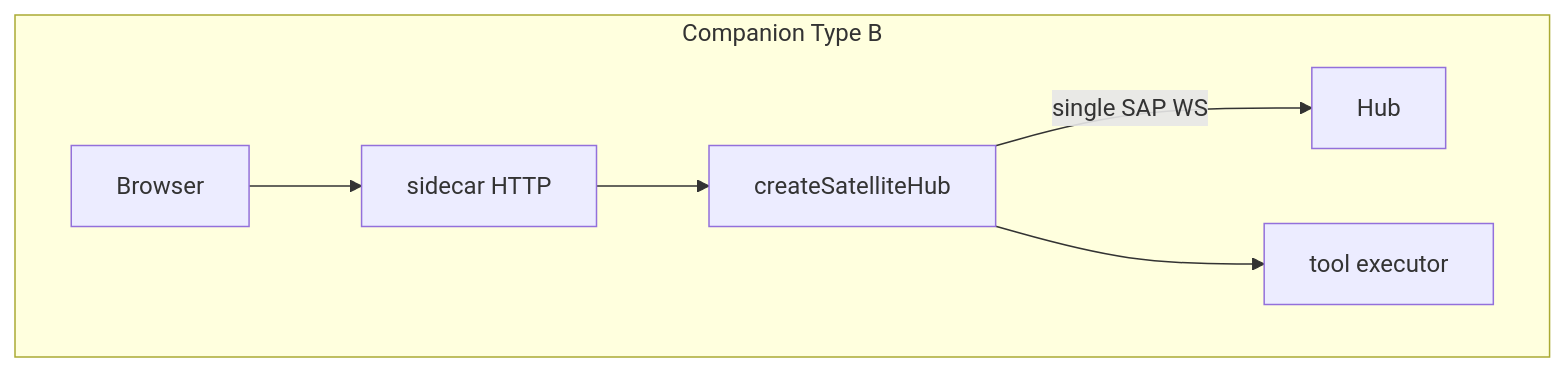
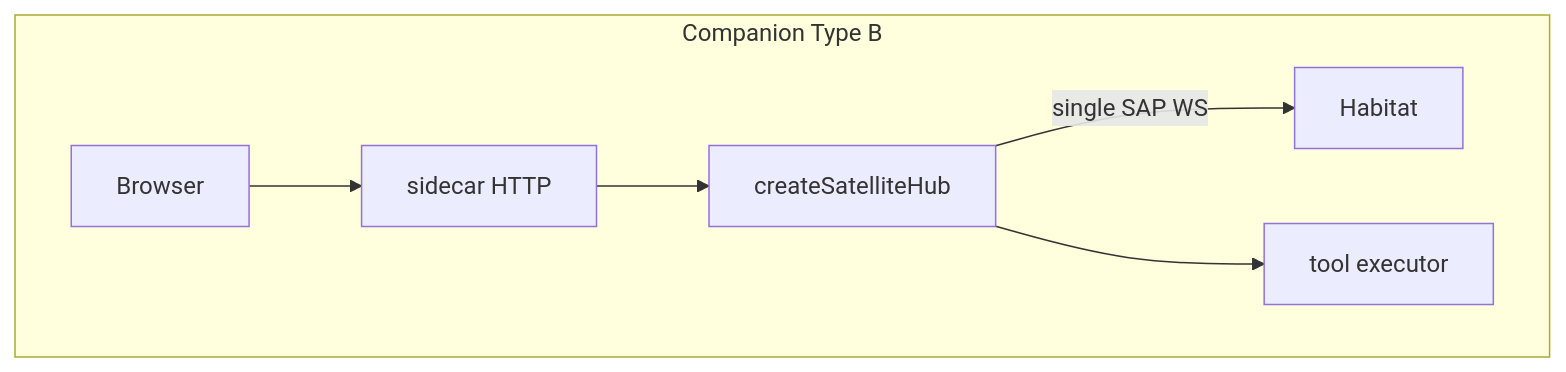
Before and after one commit to freeanima-org/freeanima: the second of 2 diagrams in docs/sap/satellite-guide.md, drawn with Mermaid. The commit also changed other lines of this file and 933 other files, not shown here.

````diff
--- a/docs/sap/satellite-guide.md
+++ b/docs/sap/satellite-guide.md
@@ -81,9 +81,9 @@
 ```mermaid
 flowchart TB
   subgraph companion [Companion Type B]
     B[Browser] --> SidecarHTTP[sidecar HTTP]
     SidecarHTTP --> ProcSAP[createSatelliteHub]
-    ProcSAP -->|single SAP WS| Hub[Hub]
+    ProcSAP -->|single SAP WS| Habitat[Habitat]
     ProcSAP --> ToolExec[tool executor]
   end
 ```
````
